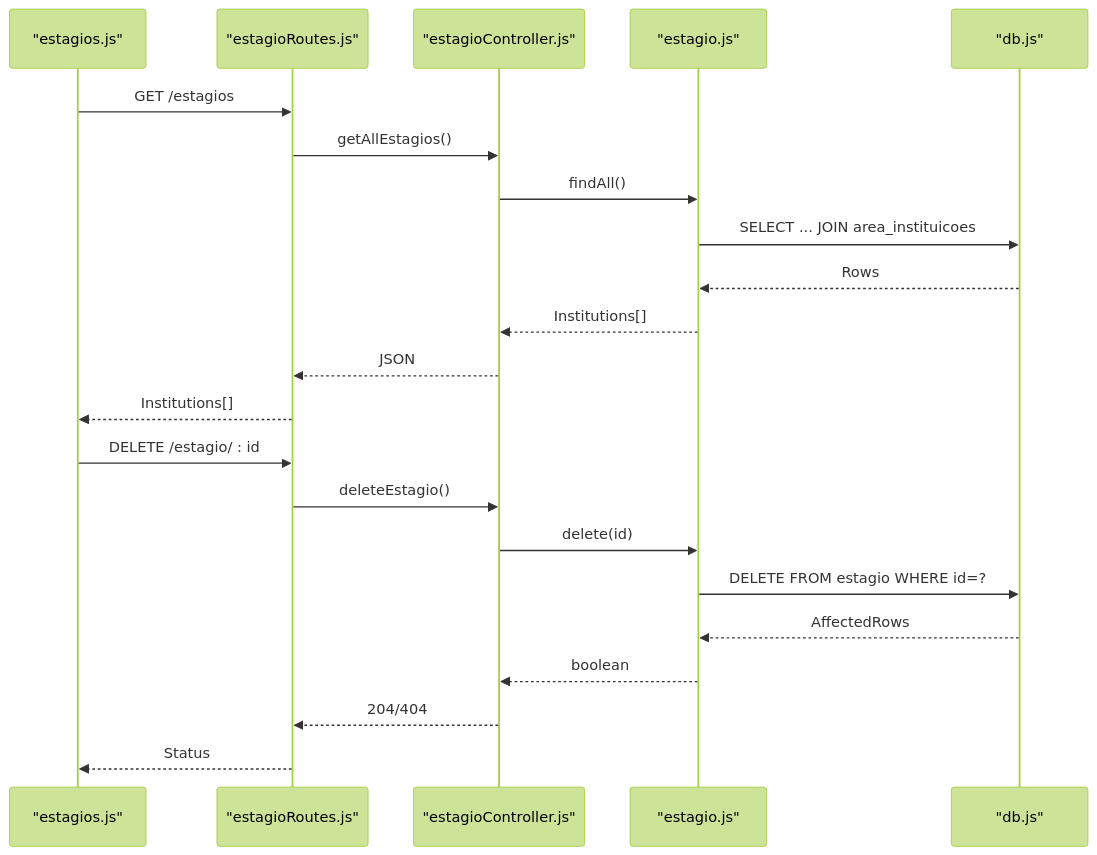
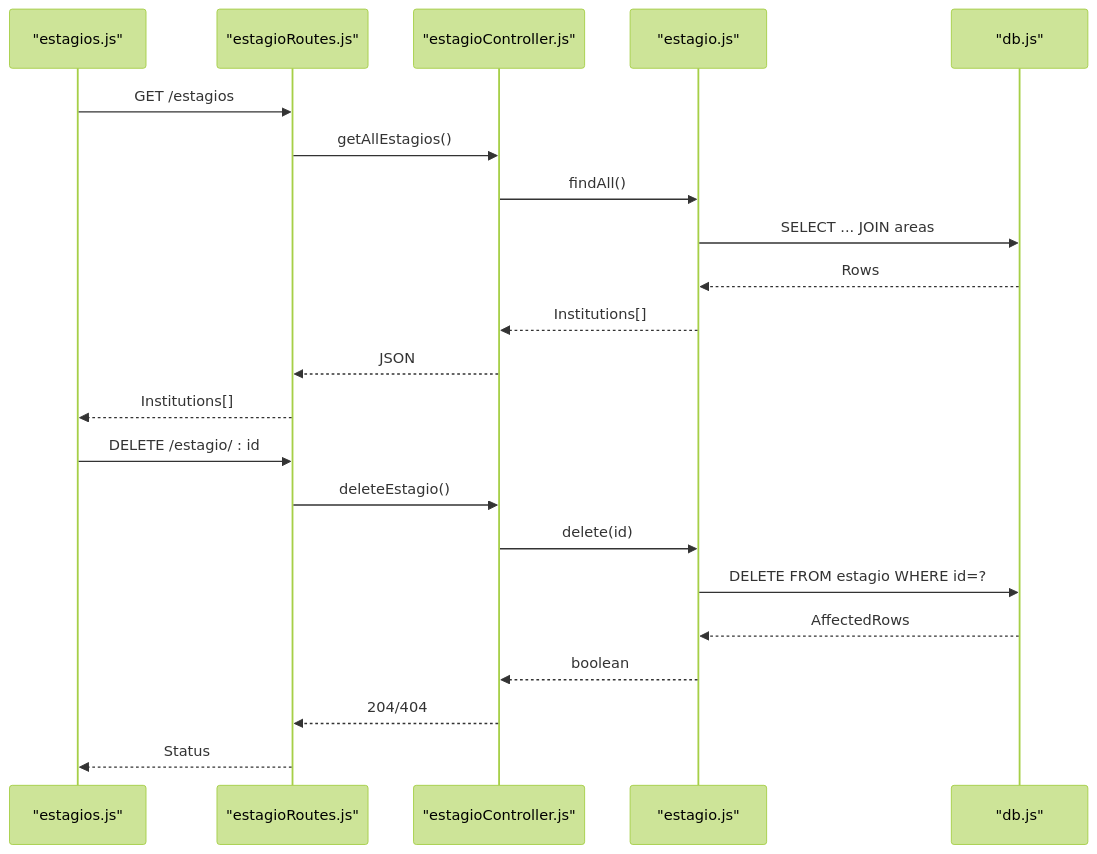
One commit to luiseduacosta/nodemural changed the third of 8 diagrams in .qoder/repowiki/en/content/Core Features Implementation/Internship Management.md. Above: the diagram before and after it, drawn with Mermaid (forest theme). The commit also changed 26 other files, not shown here.

Commit message:
Change table area_instituicoes to area.

````diff
--- a/.qoder/repowiki/en/content/Core Features Implementation/Internship Management.md
+++ b/.qoder/repowiki/en/content/Core Features Implementation/Internship Management.md
@@ -191,24 +191,24 @@
 ```mermaid
 sequenceDiagram
 participant FE_List as "estagios.js"
 participant Router as "estagioRoutes.js"
 participant Ctrl as "estagioController.js"
 participant Model as "estagio.js"
 participant DB as "db.js"
 FE_List->>Router : GET /estagios
 Router->>Ctrl : getAllEstagios()
 Ctrl->>Model : findAll()
-Model->>DB : SELECT ... JOIN area_instituicoes
+Model->>DB : SELECT ... JOIN areas
 DB-->>Model : Rows
 Model-->>Ctrl : Institutions[]
 Ctrl-->>Router : JSON
 Router-->>FE_List : Institutions[]
 FE_List->>Router : DELETE /estagio/ : id
 Router->>Ctrl : deleteEstagio()
 Ctrl->>Model : delete(id)
 Model->>DB : DELETE FROM estagio WHERE id=?
 DB-->>Model : AffectedRows
 Model-->>Ctrl : boolean
 Ctrl-->>Router : 204/404
 Router-->>FE_List : Status
 ```
````
